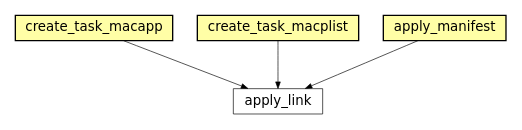
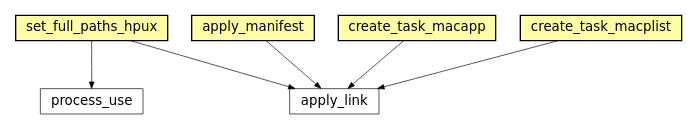
Before and after one commit to electronicvisions/waf: the eighth of 45 diagrams in docs/sphinx/featuremap.rst, drawn with Graphviz. The commit also changed other lines of this file and 3 other files, not shown here.

```diff
--- a/docs/sphinx/featuremap.rst
+++ b/docs/sphinx/featuremap.rst
@@ -242,12 +271,16 @@
 .. graphviz::
 
 	digraph feature_cxxprogram {
-	size="8.0, 12.0";
-		"create_task_macapp" [style="setlinewidth(0.5)",URL="tools/c_osx.html#waflib.Tools.c_osx.create_task_macapp",fontname="Vera Sans, DejaVu Sans, Liberation Sans, Arial, Helvetica, sans",height=0.25,shape=box,fontsize=10,fillcolor="#fffea6",style=filled];
-	"create_task_macplist" [style="setlinewidth(0.5)",URL="tools/c_osx.html#waflib.Tools.c_osx.create_task_macplist",fontname="Vera Sans, DejaVu Sans, Liberation Sans, Arial, Helvetica, sans",height=0.25,shape=box,fontsize=10,fillcolor="#fffea6",style=filled];
-	"apply_link" [style="setlinewidth(0.5)",URL="tools/ccroot.html#waflib.Tools.ccroot.apply_link",fontname="Vera Sans, DejaVu Sans, Liberation Sans, Arial, Helvetica, sans",height=0.25,shape=box,fontsize=10];
-	"apply_manifest" [style="setlinewidth(0.5)",URL="tools/msvc.html#waflib.Tools.msvc.apply_manifest",fontname="Vera Sans, DejaVu Sans, Liberation Sans, Arial, Helvetica, sans",height=0.25,shape=box,fontsize=10,fillcolor="#fffea6",style=filled];
-	"create_task_macapp" -> "apply_link" [arrowsize=0.5,style="setlinewidth(0.5)"];
-	"create_task_macplist" -> "apply_link" [arrowsize=0.5,style="setlinewidth(0.5)"];
-	"apply_manifest" -> "apply_link" [arrowsize=0.5,style="setlinewidth(0.5)"];
+		size="8.0, 12.0";
+		process_use [style="setlinewidth(0.5)",URL="tools/ccroot.html#waflib.Tools.ccroot.process_use",target="_top",fontname="Vera Sans, DejaVu Sans, Liberation Sans, Arial, Helvetica, sans",height=0.25,shape="rectangle",fontsize=10];
+		apply_manifest [style="setlinewidth(0.5)",URL="tools/msvc.html#waflib.Tools.msvc.apply_manifest",target="_top",fontname="Vera Sans, DejaVu Sans, Liberation Sans, Arial, Helvetica, sans",height=0.25,shape="rectangle",fontsize=10,fillcolor="#fffea6",style=filled];
+		set_full_paths_hpux [style="setlinewidth(0.5)",URL="tools/ccroot.html#waflib.Tools.ccroot.set_full_paths_hpux",target="_top",fontname="Vera Sans, DejaVu Sans, Liberation Sans, Arial, Helvetica, sans",height=0.25,shape="rectangle",fontsize=10,fillcolor="#fffea6",style=filled];
+		create_task_macapp [style="setlinewidth(0.5)",URL="tools/c_osx.html#waflib.Tools.c_osx.create_task_macapp",target="_top",fontname="Vera Sans, DejaVu Sans, Liberation Sans, Arial, Helvetica, sans",height=0.25,shape="rectangle",fontsize=10,fillcolor="#fffea6",style=filled];
+		apply_link [style="setlinewidth(0.5)",URL="tools/ccroot.html#waflib.Tools.ccroot.apply_link",target="_top",fontname="Vera Sans, DejaVu Sans, Liberation Sans, Arial, Helvetica, sans",height=0.25,shape="rectangle",fontsize=10];
+		create_task_macplist [style="setlinewidth(0.5)",URL="tools/c_osx.html#waflib.Tools.c_osx.create_task_macplist",target="_top",fontname="Vera Sans, DejaVu Sans, Liberation Sans, Arial, Helvetica, sans",height=0.25,shape="rectangle",fontsize=10,fillcolor="#fffea6",style=filled];
+		"set_full_paths_hpux" -> "apply_link" [arrowsize=0.5,style="setlinewidth(0.5)"];
+		"set_full_paths_hpux" -> "process_use" [arrowsize=0.5,style="setlinewidth(0.5)"];
+		"create_task_macapp" -> "apply_link" [arrowsize=0.5,style="setlinewidth(0.5)"];
+		"create_task_macplist" -> "apply_link" [arrowsize=0.5,style="setlinewidth(0.5)"];
+		"apply_manifest" -> "apply_link" [arrowsize=0.5,style="setlinewidth(0.5)"];
 	}
```
